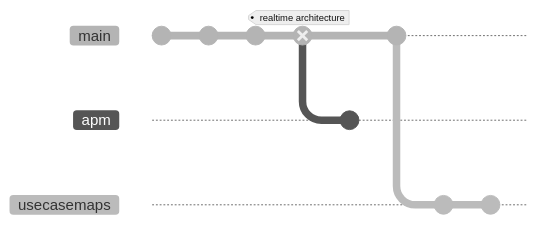
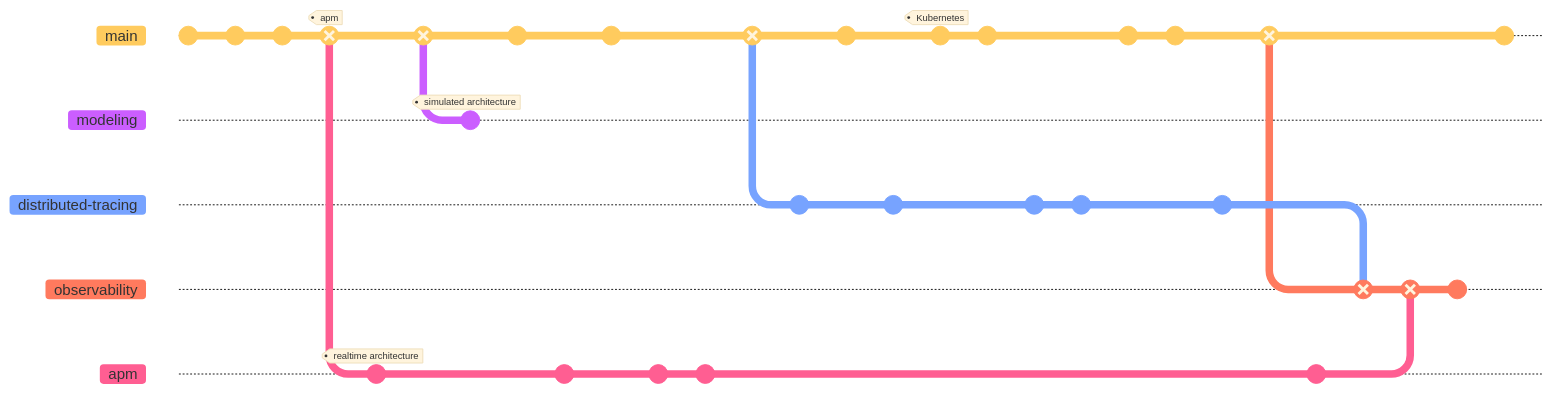
Before and after one commit to devrimdemiroz/devrimdemiroz.github.io: the diagram in docs/ideas/another-history.md, drawn with Mermaid. The commit also changed other lines of this file and 1 other file, not shown here. Commit ids are hidden.

````diff
--- a/docs/ideas/another-history.md
+++ b/docs/ideas/another-history.md
@@ -2,22 +2,79 @@
 ```mermaid
 %%{init:
 { 'logLevel': 'debug',
-  'theme': 'neutral'
+  'theme': 'base'
 }
 }%%
 gitGraph
         checkout main
         commit id:"2000"
         commit id:"2001"
         commit id:"2002"
-        commit id:"2003" tag:"realtime architecture" type:REVERSE
-        branch apm
-        commit id:"mercury APM"
+        commit id:"2003" type:REVERSE tag:"apm"
+        branch apm order: 3
+        checkout apm
+        commit id:"mercury APM" tag:"realtime architecture"
+      
         checkout main
-        commit id:"2004"
-        branch usecasemaps
-        commit id:"2005"
-        commit
+        commit id:"2004" type:REVERSE
+
+        branch modeling order: 0
+        commit id:"UCMNav" tag:"simulated architecture"
+
+        checkout main
+        commit id:"2006"
+        checkout apm
+        commit id:"dynatrace"
+
+        checkout main
+        commit id:"2008"
+        checkout apm
+        commit id:"AppDynamics"
+        commit id:"NewRelic"
+
+
+        checkout main
+        commit id:"2010" type:REVERSE
+        branch distributed-tracing order: 2
+        commit id:"Dapper"
+
+        checkout main
+        commit id:"2012"
+        checkout distributed-tracing
+        commit id:"Zipkin"
+
+
+
+        checkout main
+        commit id:"2014" tag:"Kubernetes"
+        commit id:"2015"
+
+        checkout distributed-tracing
+        commit id:"Jaeger"
+        commit id:"Opentracing"
+
+        checkout main
+        commit id:"2016"
+        commit id:"2017"
+        
+        checkout distributed-tracing
+        commit id:"OpenCensus"
+ 
+        checkout main
+        commit id:"2019" type:REVERSE
+        checkout apm
+        commit id:"x"
+
+        
+        checkout main
+        branch observability order: 2
         
         
+        merge distributed-tracing type:REVERSE
+        merge apm type:REVERSE
+        commit id:"opentelemetry"
+        checkout main
+        
+        
+        commit id:"2022"
 ```
````
